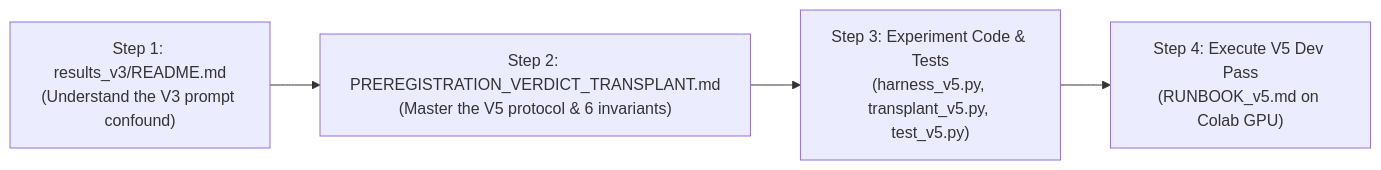
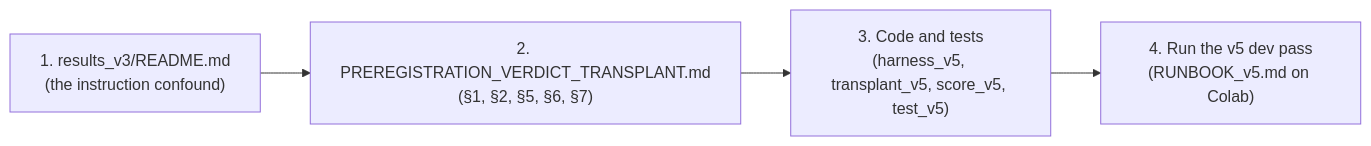
The third of 3 diagrams in Causal Conflict Verbalization and Source Arbitration/Thesis/docs/Understanding/Thesis Understanding FAQ (Gemini 3.8 Flash).md (Mohammad-Zahed-Hossen/Thesis), drawn with Mermaid before and after one commit. The commit also changed other lines of this file and 11 other files, not shown here.

````diff
--- a/Causal Conflict Verbalization and Source Arbitration/Thesis/docs/Understanding/Thesis Understanding FAQ (Gemini 3.8 Flash).md
+++ b/Causal Conflict Verbalization and Source Arbitration/Thesis/docs/Understanding/Thesis Understanding FAQ (Gemini 3.8 Flash).md
@@ -185,9 +172,9 @@
 ```mermaid
 flowchart LR
-    Step1["Step 1: results_v3/README.md<br>(Understand the V3 prompt confound)"] 
-    Step2["Step 2: PREREGISTRATION_VERDICT_TRANSPLANT.md<br>(Master the V5 protocol & 6 invariants)"]
-    Step3["Step 3: Experiment Code & Tests<br>(harness_v5.py, transplant_v5.py, test_v5.py)"]
-    Step4["Step 4: Execute V5 Dev Pass<br>(RUNBOOK_v5.md on Colab GPU)"]
+    Step1["1. results_v3/README.md<br>(the instruction confound)"]
+    Step2["2. PREREGISTRATION_VERDICT_TRANSPLANT.md<br>(§1, §2, §5, §6, §7)"]
+    Step3["3. Code and tests<br>(harness_v5, transplant_v5, score_v5, test_v5)"]
+    Step4["4. Run the v5 dev pass<br>(RUNBOOK_v5.md on Colab)"]
 
     Step1 --> Step2 --> Step3 --> Step4
 ```
````
